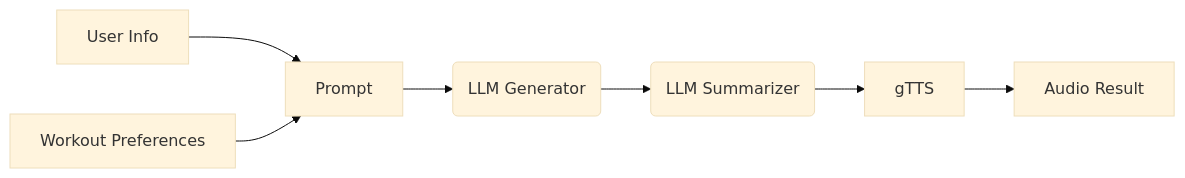
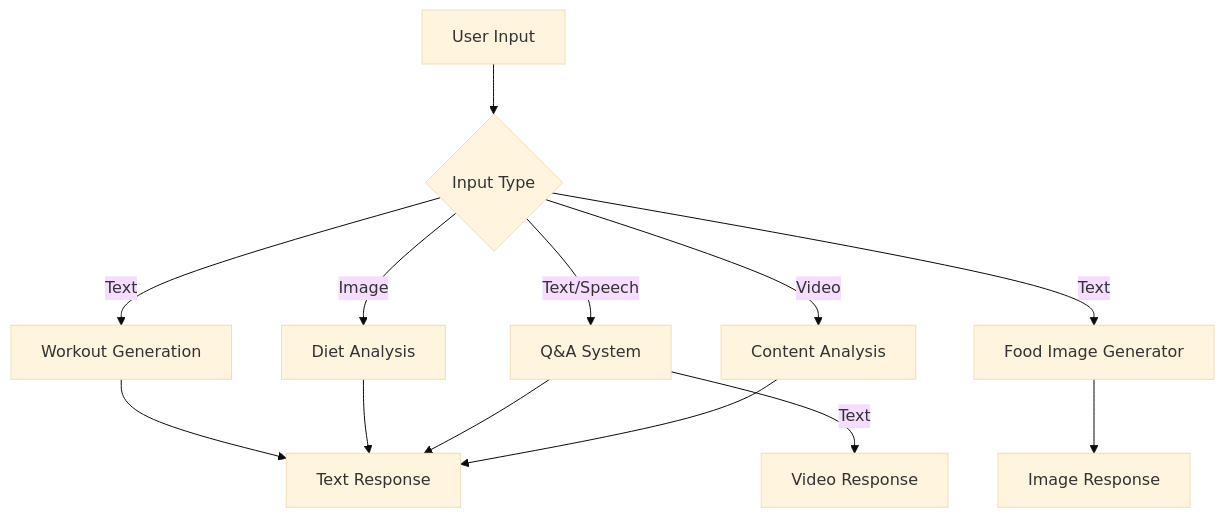
The diagram in README.md (abojotemi/fitnessai), drawn with Mermaid (base theme) before and after one commit. The commit also changed other lines of this file and 24 other files, not shown here.

Commit message:
added video generation

````diff
--- a/README.md
+++ b/README.md
@@ -184,8 +10,15 @@
 ```mermaid
-flowchart LR
-A[User Info] --> C[Prompt]
-B[Workout Preferences] --> C
-C --> D(LLM Generator)
-D --> E(LLM Summarizer)
-E --> F[gTTS] --> G[Audio Result]
+graph TD
+    A[User Input] --> B{Input Type}
+    B -->|Text| C[Workout Generation]
+    B -->|Image| D[Diet Analysis]
+    B -->|Text/Speech| E[Q&A System]
+    E -->|Text| J[Video Response]
+    B -->|Video| F[Content Analysis]
+    B -->|Text| H[Food Image Generator]
+    C --> G[Text Response]
+    D --> G
+    E --> G
+    F --> G
+    H --> I[Image Response]
 ```
````
